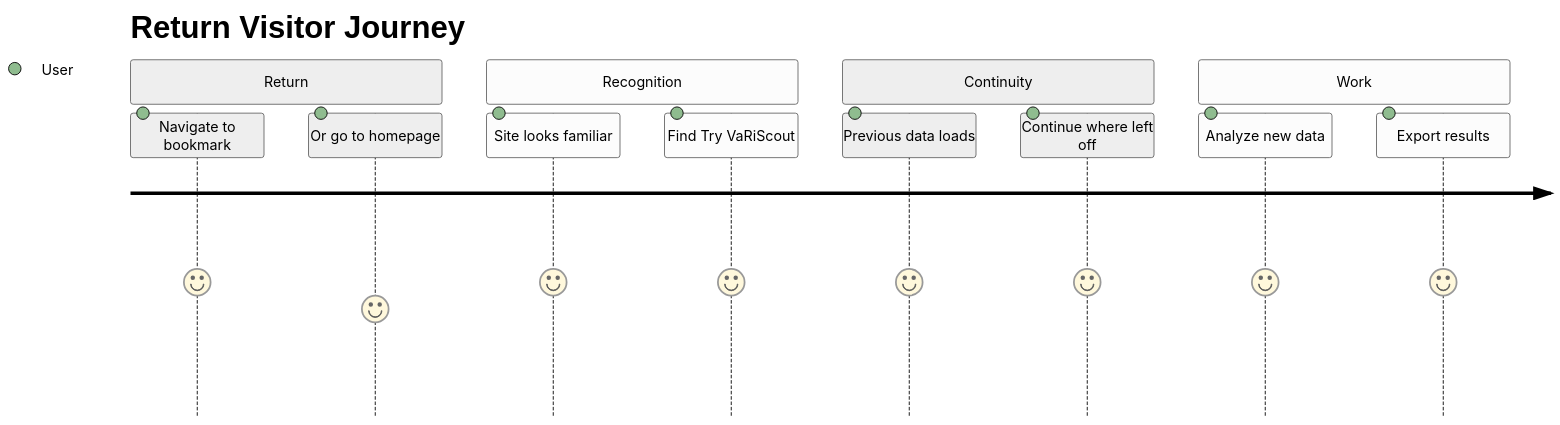
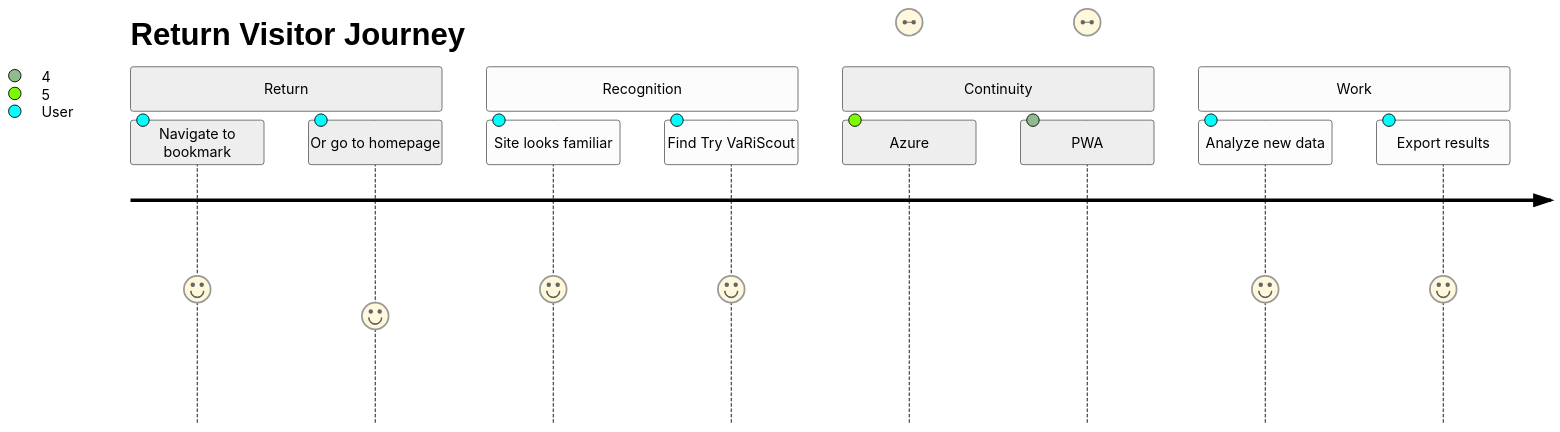
The third of 3 diagrams in docs/02-journeys/flows/return-visitor.md (jukka-matti/variscout), drawn with Mermaid (neutral theme) before and after one commit. The commit also changed other lines of this file and 40 other files, not shown here.

````diff
--- a/docs/02-journeys/flows/return-visitor.md
+++ b/docs/02-journeys/flows/return-visitor.md
@@ -82,16 +81,16 @@
 ```mermaid
 journey
     title Return Visitor Journey
     section Return
       Navigate to bookmark: 5: User
       Or go to homepage: 4: User
     section Recognition
       Site looks familiar: 5: User
       Find Try VaRiScout: 5: User
     section Continuity
-      Previous data loads: 5: User
-      Continue where left off: 5: User
+      Azure: previous work restored: 5: User
+      PWA: paste data or load sample: 4: User
     section Work
       Analyze new data: 5: User
       Export results: 5: User
 ```
````
